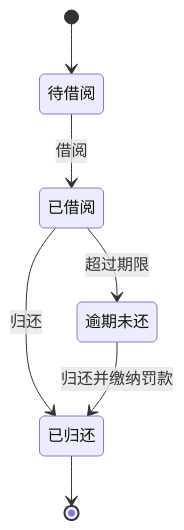
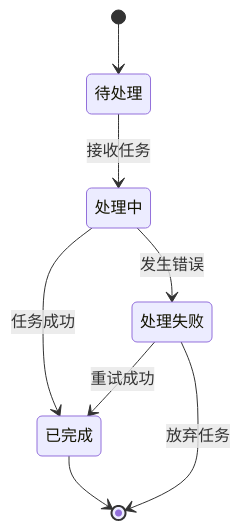
One commit to YxY09/ReqDesign-Agent changed the first of 2 diagrams in prompts/state_diagram.md. Above: the diagram before and after it, drawn with Mermaid. The commit also changed other lines of this file, not shown here.

Commit message:
docs: replace domain-specific examples in state_diagram prompt with generic guidance

````diff
--- a/prompts/state_diagram.md
+++ b/prompts/state_diagram.md
@@ -40,9 +47,10 @@
 ```mermaid
 stateDiagram-v2
-    [*] --> 待借阅
-    待借阅 --> 已借阅 : 借阅
-    已借阅 --> 已归还 : 归还
-    已借阅 --> 逾期未还 : 超过期限
-    逾期未还 --> 已归还 : 归还并缴纳罚款
-    已归还 --> [*]
+    [*] --> 待处理
+    待处理 --> 处理中 : 接收任务
+    处理中 --> 已完成 : 任务成功
+    处理中 --> 处理失败 : 发生错误
+    处理失败 --> 已完成 : 重试成功
+    处理失败 --> [*] : 放弃任务
+    已完成 --> [*]
 ```
````
